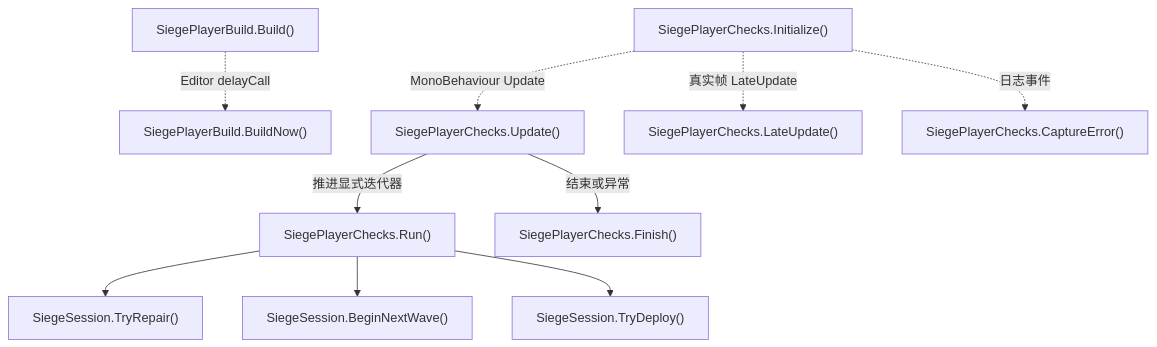
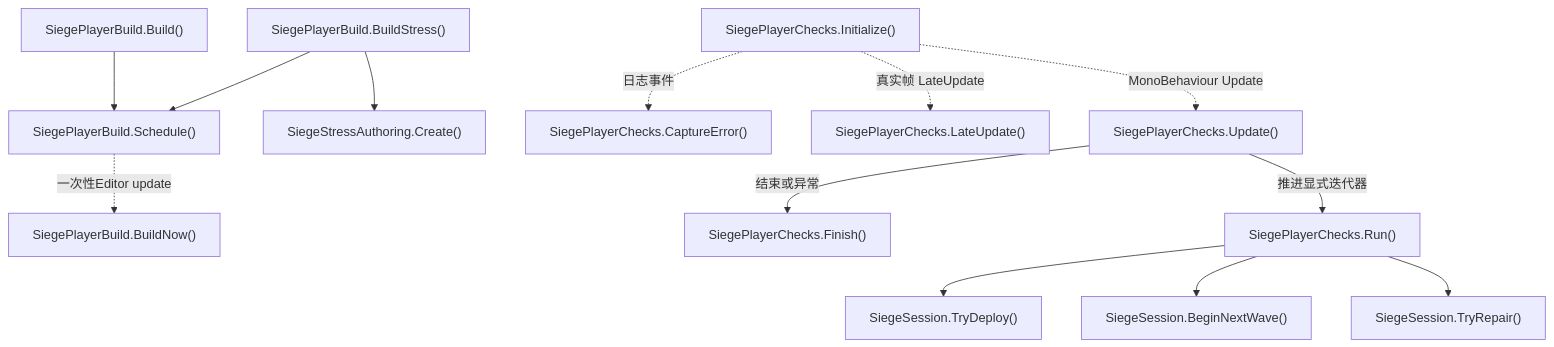
Before and after one commit to kukudia/HY-Sandbox: diagram 35 of 36 in Docs/RuntimeFlow.md, drawn with Mermaid. The commit also changed other lines of this file and 16 other files, not shown here.

First line of the commit message:
Add editable six-ship Siege stress profile and Player evidence

````diff
--- a/Docs/RuntimeFlow.md
+++ b/Docs/RuntimeFlow.md
@@ -3208,34 +3208,43 @@
 ```mermaid
 flowchart TD
     A["SiegePlayerBuild.Build()"]
-    click A "../Assets/Editor/Siege/SiegePlayerBuild.cs#L15" "打开源码"
+    click A "../Assets/Editor/Siege/SiegePlayerBuild.cs#L16" "打开源码"
     B["SiegePlayerBuild.BuildNow()"]
-    click B "../Assets/Editor/Siege/SiegePlayerBuild.cs#L28" "打开源码"
+    click B "../Assets/Editor/Siege/SiegePlayerBuild.cs#L52" "打开源码"
     C["SiegePlayerChecks.Initialize()"]
     click C "../Assets/Scripts/Features/Siege/SiegePlayerChecks.cs#L27" "打开源码"
     D["SiegePlayerChecks.Update()"]
     click D "../Assets/Scripts/Features/Siege/SiegePlayerChecks.cs#L67" "打开源码"
     E["SiegePlayerChecks.Run()"]
     click E "../Assets/Scripts/Features/Siege/SiegePlayerChecks.cs#L104" "打开源码"
     F["SiegePlayerChecks.LateUpdate()"]
     click F "../Assets/Scripts/Features/Siege/SiegePlayerChecks.cs#L88" "打开源码"
     G["SiegePlayerChecks.Finish()"]
-    click G "../Assets/Scripts/Features/Siege/SiegePlayerChecks.cs#L291" "打开源码"
+    click G "../Assets/Scripts/Features/Siege/SiegePlayerChecks.cs#L297" "打开源码"
     H["SiegeSession.TryRepair()"]
     click H "../Assets/Scripts/Features/Siege/SiegeSession.cs#L101" "打开源码"
     I["SiegeSession.BeginNextWave()"]
     click I "../Assets/Scripts/Features/Siege/SiegeSession.cs#L74" "打开源码"
     J["SiegeSession.TryDeploy()"]
     click J "../Assets/Scripts/Features/Siege/SiegeSession.cs#L88" "打开源码"
     K["SiegePlayerChecks.CaptureError()"]
-    click K "../Assets/Scripts/Features/Siege/SiegePlayerChecks.cs#L283" "打开源码"
-    A -.->|Editor delayCall| B
+    click K "../Assets/Scripts/Features/Siege/SiegePlayerChecks.cs#L289" "打开源码"
+    L["SiegePlayerBuild.BuildStress()"]
+    click L "../Assets/Editor/Siege/SiegePlayerBuild.cs#L22" "打开源码"
+    M["SiegeStressAuthoring.Create()"]
+    click M "../Assets/Editor/Siege/SiegeStressAuthoring.cs#L14" "打开源码"
+    N["SiegePlayerBuild.Schedule()"]
+    click N "../Assets/Editor/Siege/SiegePlayerBuild.cs#L32" "打开源码"
+    A --> N
+    L --> M
+    L --> N
+    N -.->|一次性Editor update| B
     C -.->|MonoBehaviour Update| D
     D -->|推进显式迭代器| E
     E --> H
     E --> I
     E --> J
     C -.->|真实帧 LateUpdate| F
     C -.->|日志事件| K
     D -->|结束或异常| G
 ```
````
